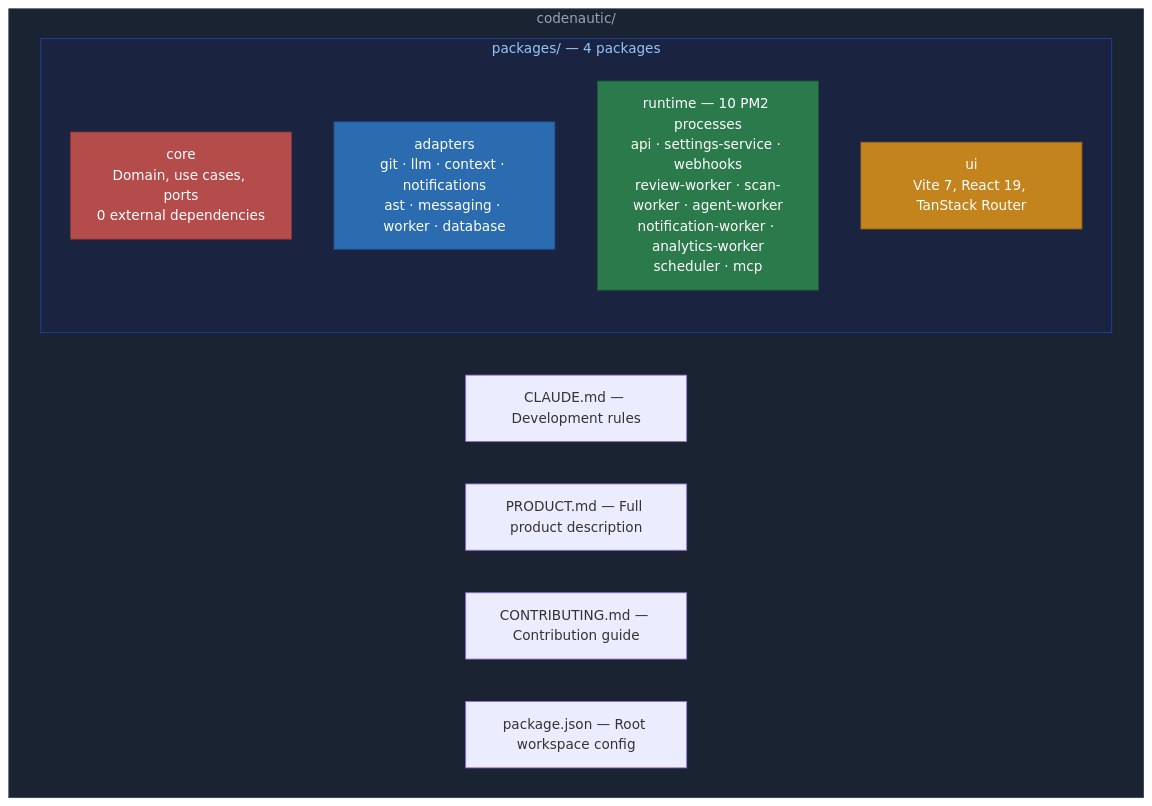
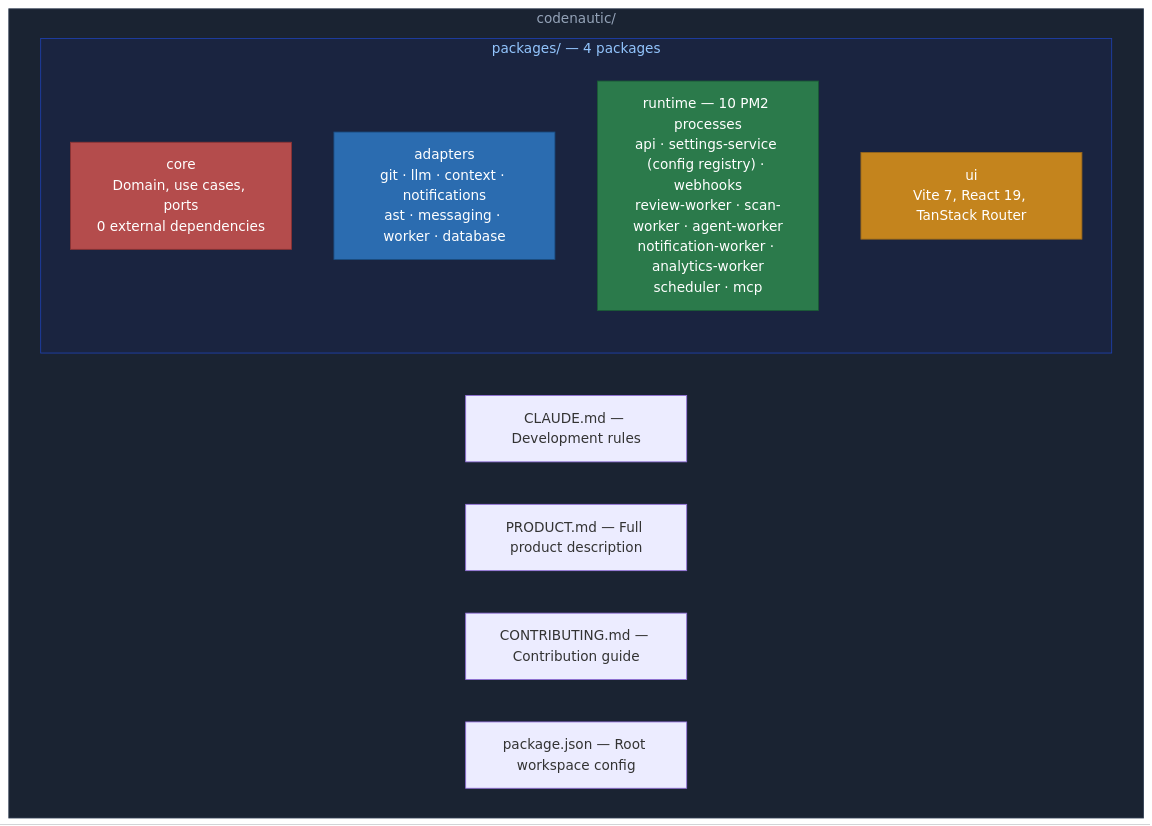
The fifth of 5 diagrams in README.md (imfozilbek/codenautic), drawn with Mermaid before and after one commit. The commit also changed other lines of this file and 13 other files, not shown here.

First line of the commit message:
refactor(runtime): move default config data into settings-service and align config endpoints docs

````diff
--- a/README.md
+++ b/README.md
@@ -286,23 +286,23 @@
 ```mermaid
 flowchart TD
     subgraph ROOT["codenautic/"]
         subgraph packages["packages/ — 4 packages"]
             CORE_S["core\nDomain, use cases, ports\n0 external dependencies"]
             INFRA_S["adapters\ngit · llm · context · notifications\nast · messaging · worker · database"]
-            SERVER_S["runtime — 10 PM2 processes\napi · settings-service · webhooks\nreview-worker · scan-worker · agent-worker\nnotification-worker · analytics-worker\nscheduler · mcp"]
+            SERVER_S["runtime — 10 PM2 processes\napi · settings-service (config registry) · webhooks\nreview-worker · scan-worker · agent-worker\nnotification-worker · analytics-worker\nscheduler · mcp"]
             WEB_S["ui\nVite 7, React 19, TanStack Router"]
         end
 
         CLAUDE_S["CLAUDE.md — Development rules"]
         PRODUCT_S["PRODUCT.md — Full product description"]
         CONTRIB_S["CONTRIBUTING.md — Contribution guide"]
         PKG_S["package.json — Root workspace config"]
     end
 
     style ROOT fill:#1a2332,stroke:#334155,color:#94a3b8
     style packages fill:#1a2440,stroke:#1e40af,color:#93c5fd
     style CORE_S fill:#b44c4c,stroke:#8c3333,color:#fff
     style INFRA_S fill:#2b6cb0,stroke:#1a4c80,color:#fff
     style SERVER_S fill:#2b7a4b,stroke:#1a5c36,color:#fff
     style WEB_S fill:#c4841d,stroke:#96651a,color:#fff
 ```
````
